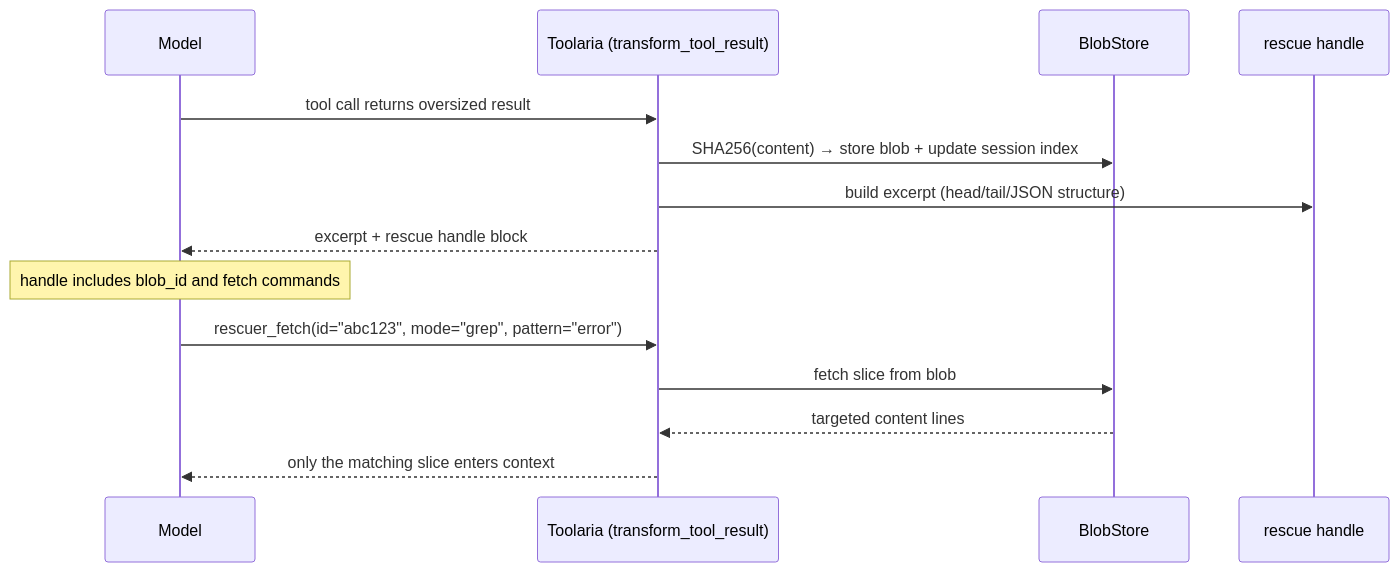
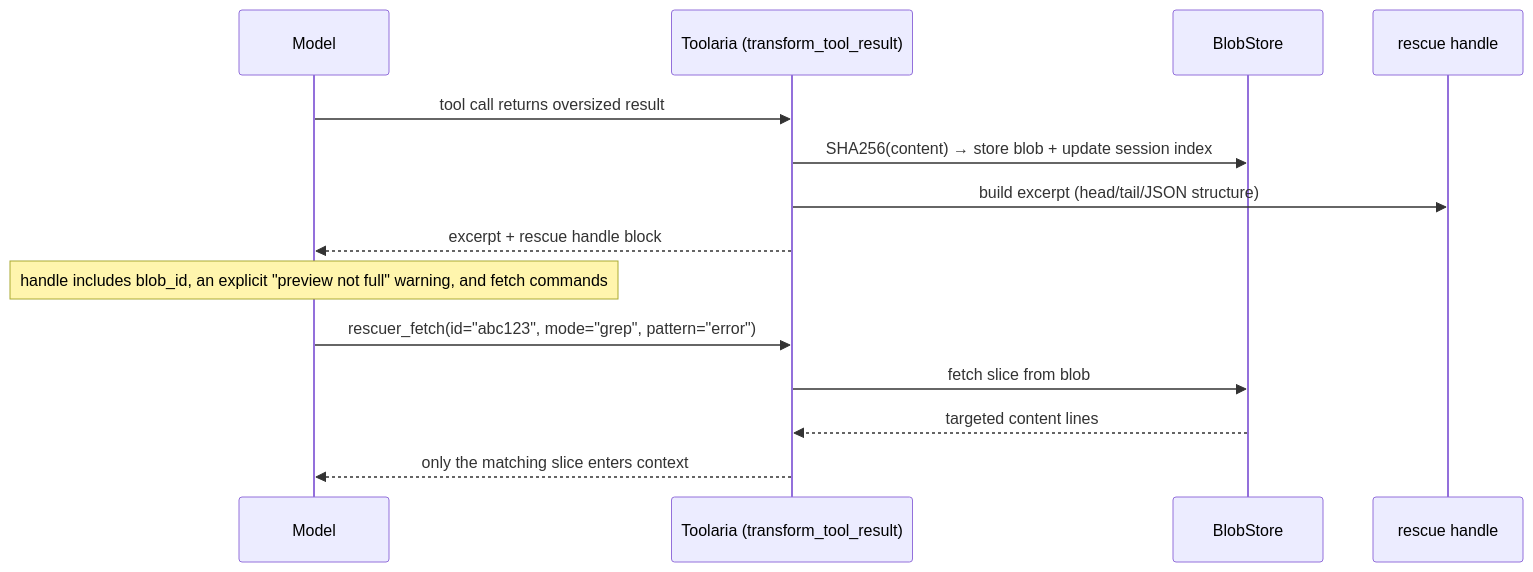
Before and after one commit to Sahil-SS9/Toolaria: the diagram in README.md, drawn with Mermaid. The commit also changed other lines of this file and 4 other files, not shown here.

````diff
--- a/README.md
+++ b/README.md
@@ -40,17 +73,17 @@
 ```mermaid
 sequenceDiagram
     participant Model
     participant Toolaria as Toolaria (transform_tool_result)
     participant Store as BlobStore
     participant Result as rescue handle
-    
+
     Model->>Toolaria: tool call returns oversized result
     Toolaria->>Store: SHA256(content) → store blob + update session index
     Toolaria->>Result: build excerpt (head/tail/JSON structure)
     Toolaria-->>Model: excerpt + rescue handle block
-    Note over Model: handle includes blob_id and fetch commands
+    Note over Model: handle includes blob_id, an explicit "preview not full" warning, and fetch commands
     Model->>Toolaria: rescuer_fetch(id="abc123", mode="grep", pattern="error")
     Toolaria->>Store: fetch slice from blob
     Store-->>Toolaria: targeted content lines
     Toolaria-->>Model: only the matching slice enters context
 ```
````
